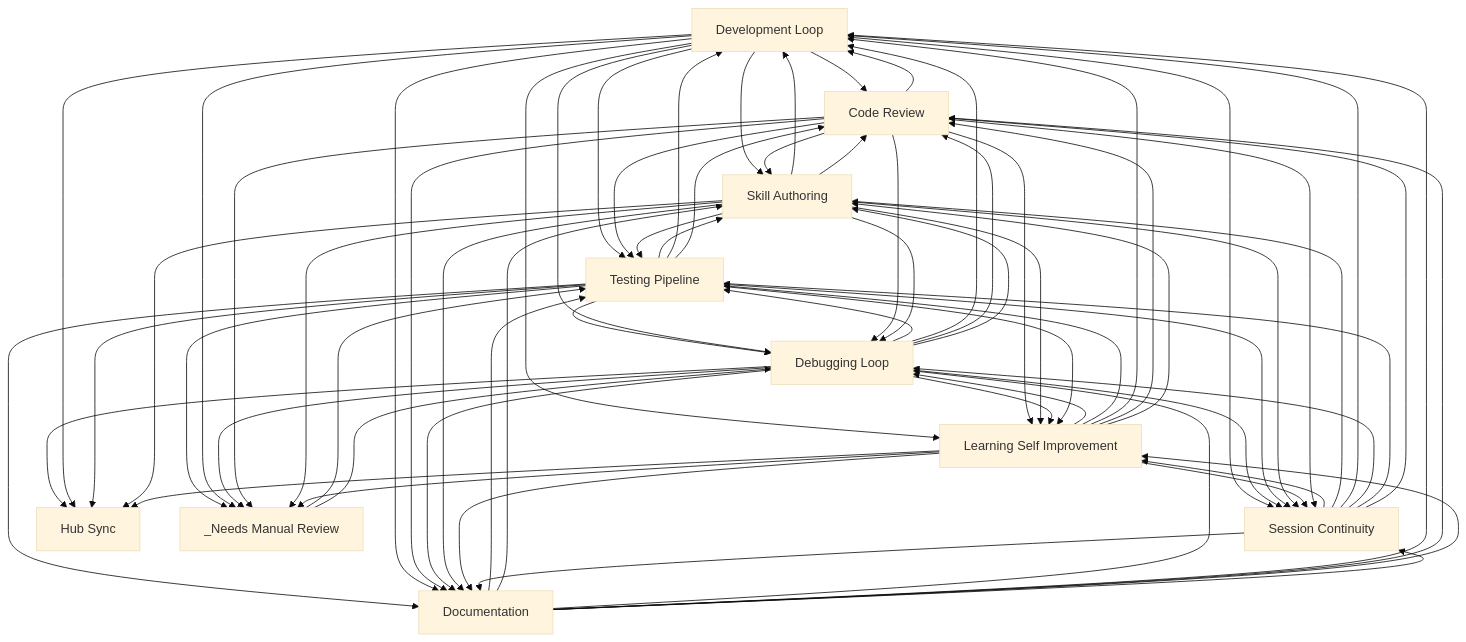
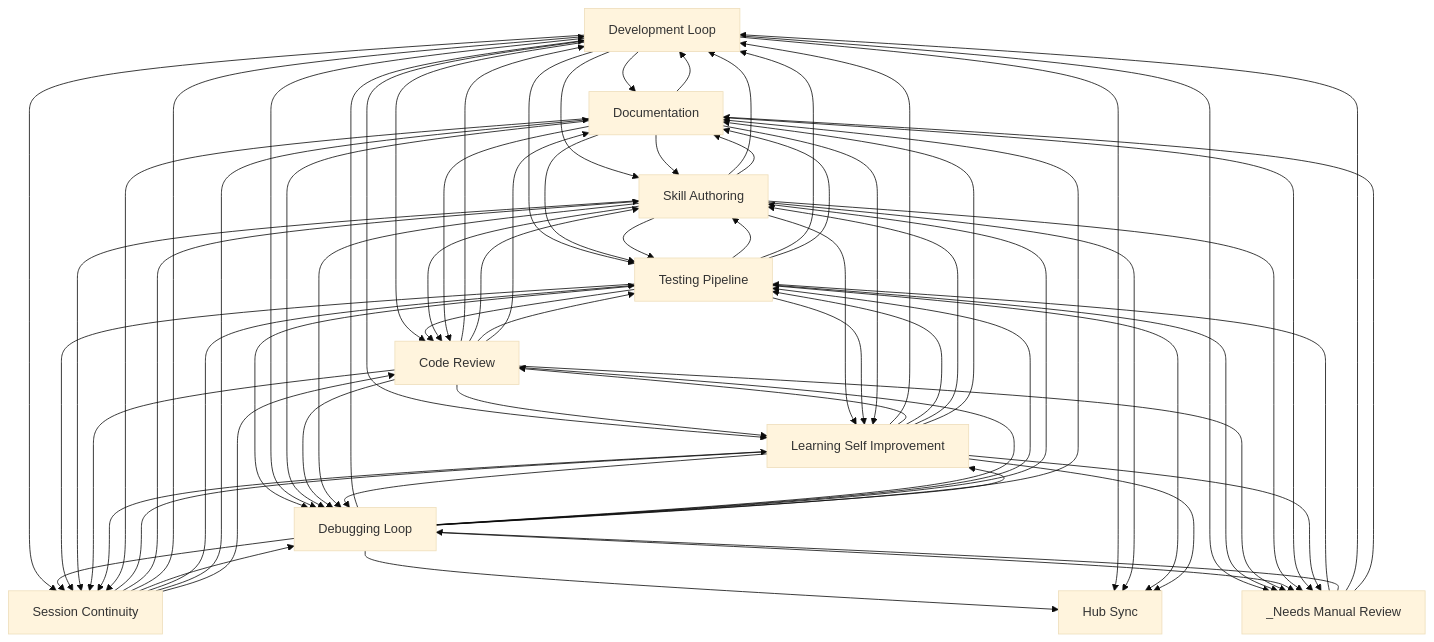
The diagram in docs/workflows/INDEX.md (abhayla/claude-best-practices), drawn with Mermaid (base theme) before and after one commit. The commit also changed other lines of this file and 13 other files, not shown here.

```diff
--- a/docs/workflows/INDEX.md
+++ b/docs/workflows/INDEX.md
@@ -31,40 +31,40 @@
     documentation[Documentation]
     hub_sync[Hub Sync]
     _needs_manual_review[_Needs Manual Review]
+    development_loop --> documentation
+    development_loop --> skill_authoring
+    development_loop --> testing_pipeline
+    documentation --> skill_authoring
     documentation --> testing_pipeline
-    documentation --> skill_authoring
     development_loop --> code_review
-    development_loop --> skill_authoring
     code_review --> development_loop
     code_review --> skill_authoring
     development_loop --> learning_self_improvement
-    development_loop --> testing_pipeline
     code_review --> learning_self_improvement
     code_review --> testing_pipeline
+    skill_authoring --> testing_pipeline
     testing_pipeline --> skill_authoring
-    skill_authoring --> testing_pipeline
-    testing_pipeline --> debugging_loop
     testing_pipeline --> development_loop
     testing_pipeline --> code_review
+    testing_pipeline --> debugging_loop
     testing_pipeline --> documentation
-    debugging_loop --> testing_pipeline
     debugging_loop --> development_loop
     debugging_loop --> code_review
+    debugging_loop --> testing_pipeline
     debugging_loop --> skill_authoring
     development_loop --> debugging_loop
-    development_loop --> documentation
+    documentation --> development_loop
     skill_authoring --> development_loop
     skill_authoring --> code_review
     skill_authoring --> learning_self_improvement
+    development_loop --> _needs_manual_review
     testing_pipeline --> _needs_manual_review
-    development_loop --> _needs_manual_review
+    documentation --> code_review
     documentation --> debugging_loop
-    documentation --> development_loop
-    documentation --> code_review
     code_review --> debugging_loop
     code_review --> documentation
+    development_loop --> session_continuity
     session_continuity --> learning_self_improvement
-    development_loop --> session_continuity
     _needs_manual_review --> testing_pipeline
     debugging_loop --> learning_self_improvement
     debugging_loop --> session_continuity
@@ -75,28 +75,31 @@
     skill_authoring --> session_continuity
     skill_authoring --> debugging_loop
     _needs_manual_review --> debugging_loop
+    learning_self_improvement --> development_loop
+    learning_self_improvement --> code_review
     learning_self_improvement --> debugging_loop
     learning_self_improvement --> testing_pipeline
-    learning_self_improvement --> development_loop
-    learning_self_improvement --> code_review
     learning_self_improvement --> skill_authoring
     debugging_loop --> hub_sync
     development_loop --> hub_sync
+    code_review --> _needs_manual_review
     debugging_loop --> _needs_manual_review
-    code_review --> _needs_manual_review
     skill_authoring --> _needs_manual_review
     skill_authoring --> documentation
+    _needs_manual_review --> development_loop
+    _needs_manual_review --> documentation
+    code_review --> session_continuity
     learning_self_improvement --> session_continuity
-    code_review --> session_continuity
+    documentation --> _needs_manual_review
     session_continuity --> skill_authoring
     learning_self_improvement --> documentation
     session_continuity --> development_loop
     session_continuity --> debugging_loop
     session_continuity --> testing_pipeline
+    session_continuity --> documentation
     session_continuity --> code_review
-    session_continuity --> documentation
+    skill_authoring --> hub_sync
     testing_pipeline --> hub_sync
-    skill_authoring --> hub_sync
     learning_self_improvement --> hub_sync
     learning_self_improvement --> _needs_manual_review
     documentation --> session_continuity
```
